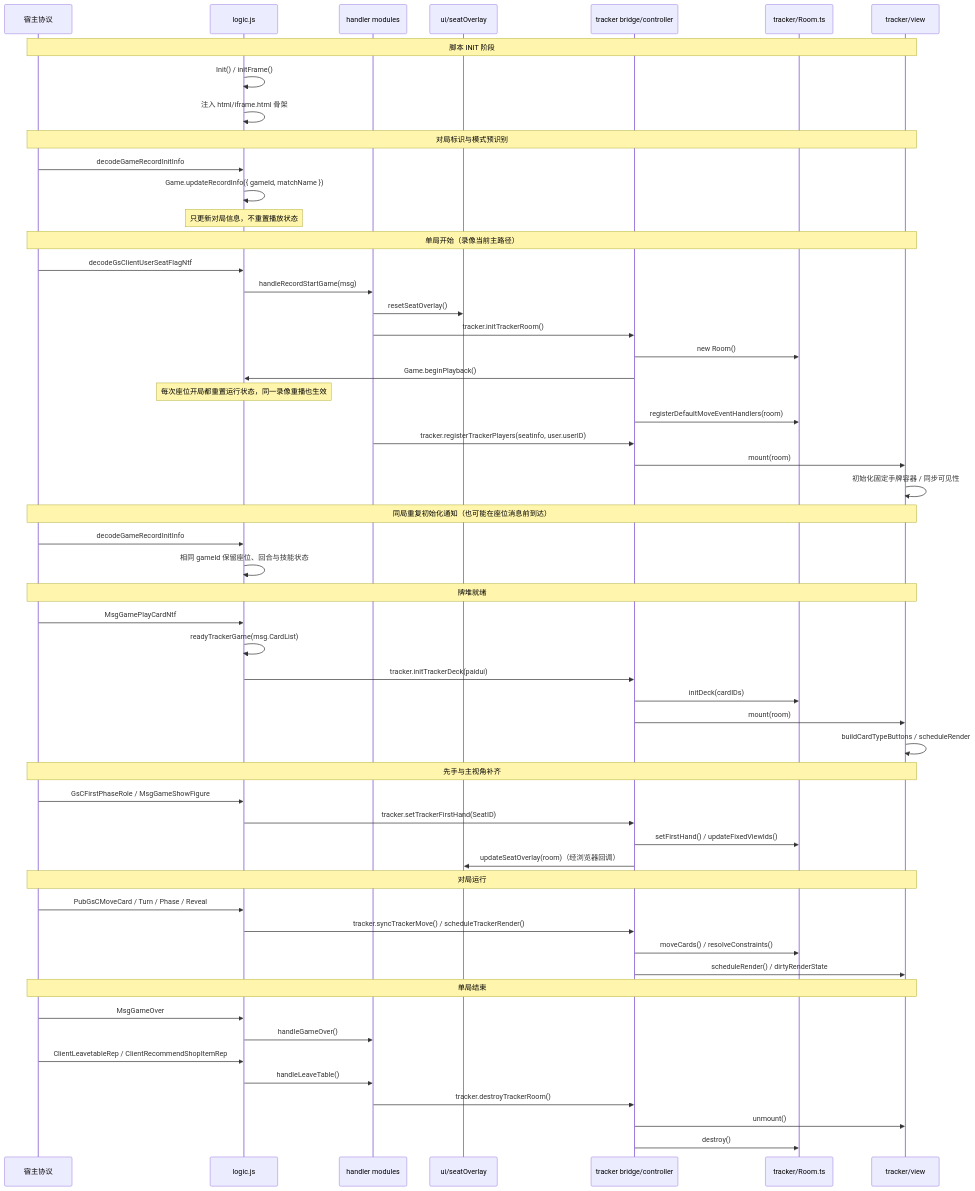
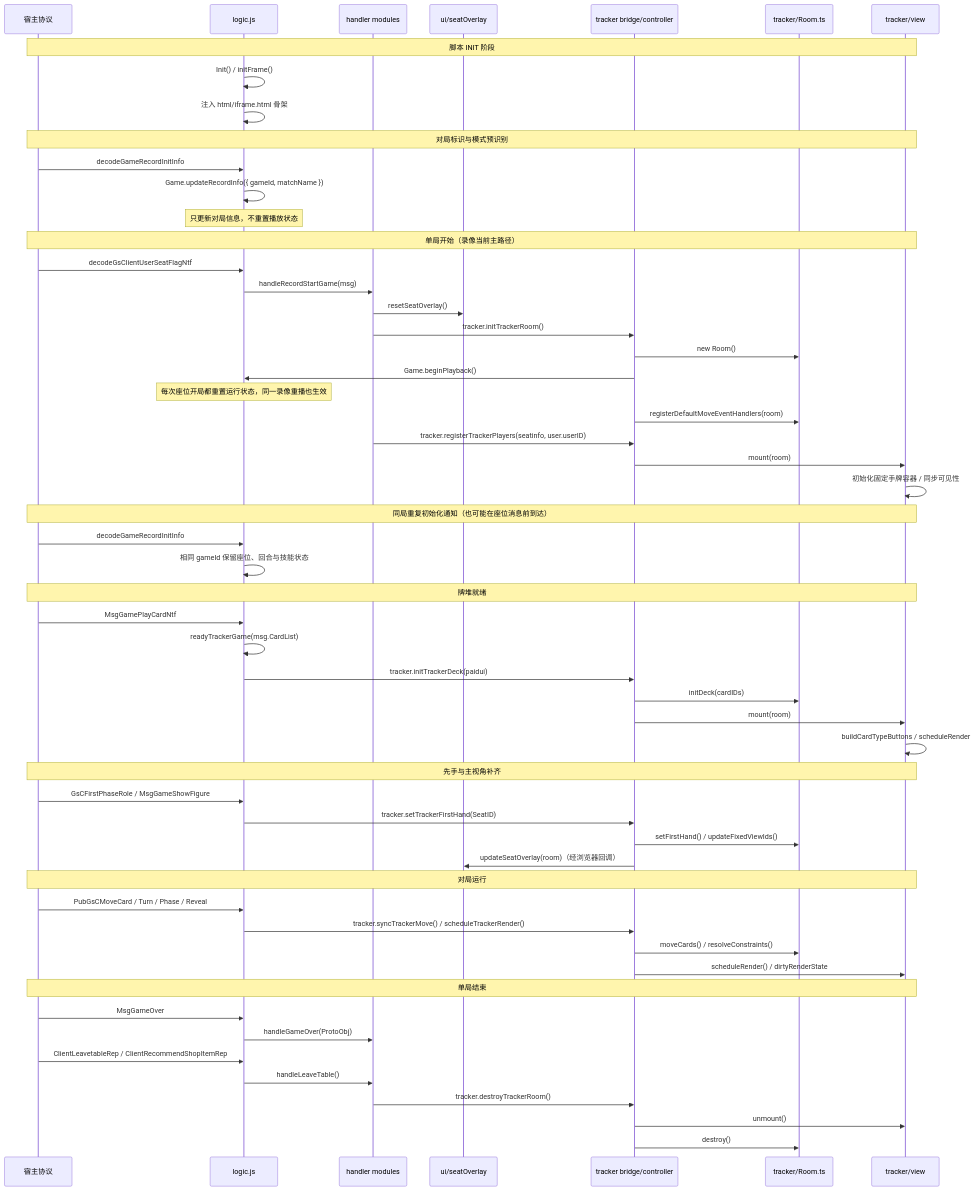
One commit to llsccm/tracker changed the second of 3 diagrams in docs/agents/lifecycle.md. Above: the diagram before and after it, drawn with Mermaid. The commit also changed other lines of this file and 5 other files, not shown here.

````diff
--- a/docs/agents/lifecycle.md
+++ b/docs/agents/lifecycle.md
@@ -74,65 +74,65 @@
 ```mermaid
 sequenceDiagram
     participant Engine as 宿主协议
     participant Logic as logic.js
     participant Handler as handler modules
     participant Overlay as ui/seatOverlay
     participant Bridge as tracker bridge/controller
     participant Room as tracker/Room.ts
     participant View as tracker/view
 
     Note over Engine,View: 脚本 INIT 阶段
     Logic ->> Logic: Init() / initFrame()
     Logic ->> Logic: 注入 html/iframe.html 骨架
 
     Note over Engine,View: 对局标识与模式预识别
     Engine ->> Logic: decodeGameRecordInitInfo
     Logic ->> Logic: Game.updateRecordInfo({ gameId, matchName })
     Note over Logic: 只更新对局信息，不重置播放状态
 
     Note over Engine,View: 单局开始（录像当前主路径）
     Engine ->> Logic: decodeGsClientUserSeatFlagNtf
     Logic ->> Handler: handleRecordStartGame(msg)
     Handler ->> Overlay: resetSeatOverlay()
     Handler ->> Bridge: tracker.initTrackerRoom()
     Bridge ->> Room: new Room()
     Bridge ->> Logic: Game.beginPlayback()
     Note over Logic: 每次座位开局都重置运行状态，同一录像重播也生效
     Bridge ->> Room: registerDefaultMoveEventHandlers(room)
     Handler ->> Bridge: tracker.registerTrackerPlayers(seatinfo, user.userID)
     Bridge ->> View: mount(room)
     View ->> View: 初始化固定手牌容器 / 同步可见性
 
     Note over Engine,View: 同局重复初始化通知（也可能在座位消息前到达）
     Engine ->> Logic: decodeGameRecordInitInfo
     Logic ->> Logic: 相同 gameId 保留座位、回合与技能状态
 
     Note over Engine,View: 牌堆就绪
     Engine ->> Logic: MsgGamePlayCardNtf
     Logic ->> Logic: readyTrackerGame(msg.CardList)
     Logic ->> Bridge: tracker.initTrackerDeck(paidui)
     Bridge ->> Room: initDeck(cardIDs)
     Bridge ->> View: mount(room)
     View ->> View: buildCardTypeButtons / scheduleRender
 
     Note over Engine,View: 先手与主视角补齐
     Engine ->> Logic: GsCFirstPhaseRole / MsgGameShowFigure
     Logic ->> Bridge: tracker.setTrackerFirstHand(SeatID)
     Bridge ->> Room: setFirstHand() / updateFixedViewIds()
     Bridge ->> Overlay: updateSeatOverlay(room)（经浏览器回调）
 
     Note over Engine,View: 对局运行
     Engine ->> Logic: PubGsCMoveCard / Turn / Phase / Reveal
     Logic ->> Bridge: tracker.syncTrackerMove() / scheduleTrackerRender()
     Bridge ->> Room: moveCards() / resolveConstraints()
     Bridge ->> View: scheduleRender() / dirtyRenderState
 
     Note over Engine,View: 单局结束
     Engine ->> Logic: MsgGameOver
-    Logic ->> Handler: handleGameOver()
+    Logic ->> Handler: handleGameOver(ProtoObj)
     Engine ->> Logic: ClientLeavetableRep / ClientRecommendShopItemRep
     Logic ->> Handler: handleLeaveTable()
     Handler ->> Bridge: tracker.destroyTrackerRoom()
     Bridge ->> View: unmount()
     Bridge ->> Room: destroy()
 ```
````
